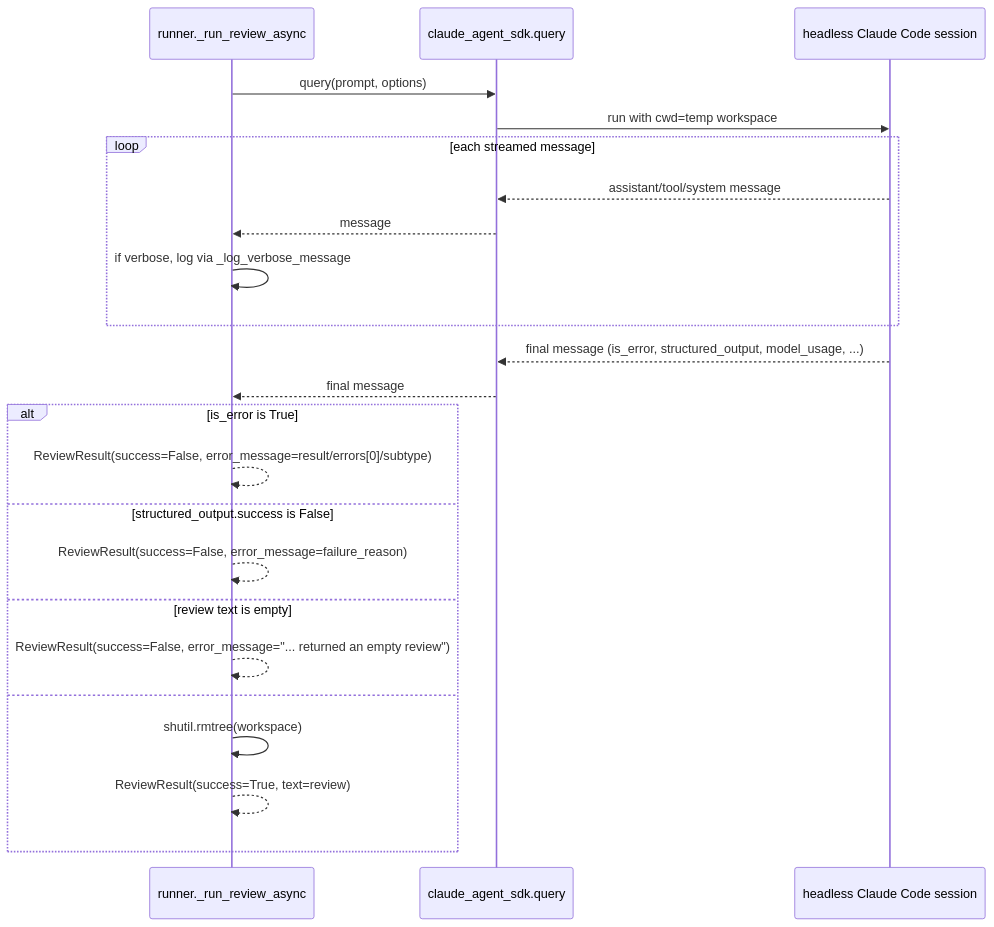
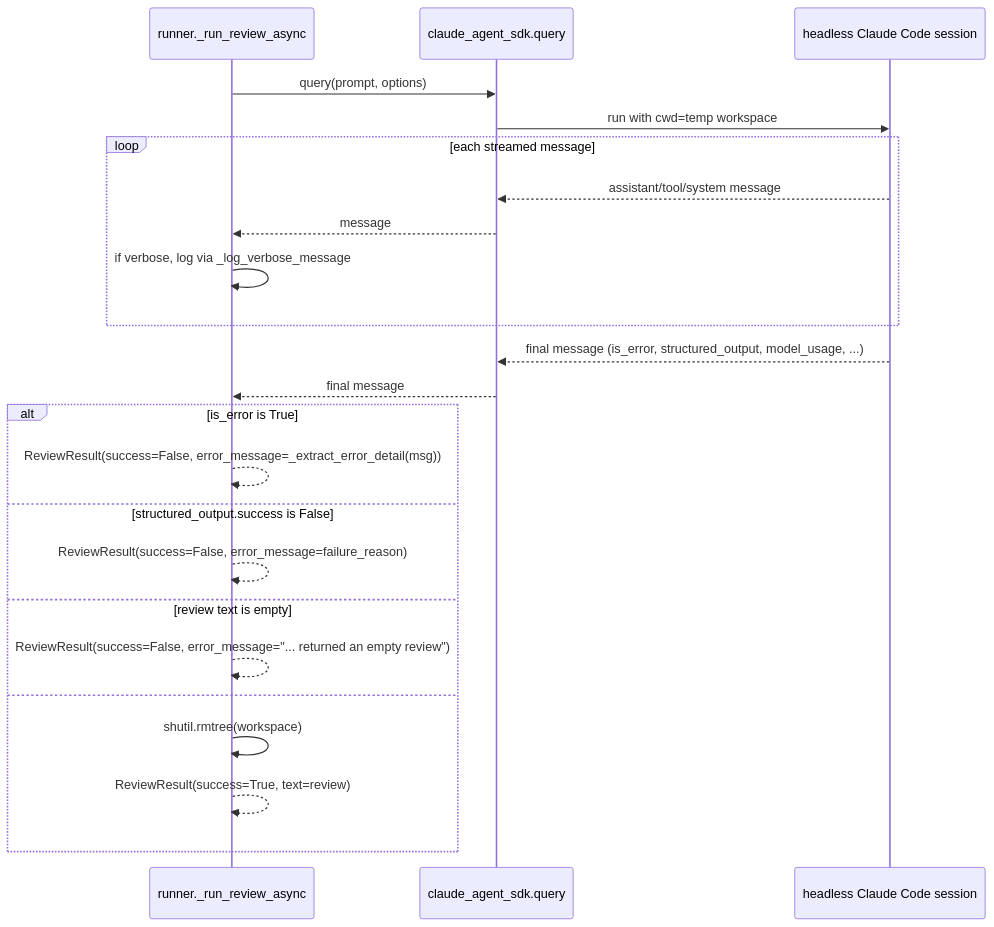
The diagram in .wiki/code-review-cli.md (renatoviolin/wiki-cli), drawn with Mermaid before and after one commit. The commit also changed other lines of this file and 14 other files, not shown here.

````diff
--- a/.wiki/code-review-cli.md
+++ b/.wiki/code-review-cli.md
@@ -99,26 +106,26 @@
 ```mermaid
 sequenceDiagram
     participant Runner as runner._run_review_async
     participant SDK as claude_agent_sdk.query
     participant Session as headless Claude Code session
 
     Runner->>SDK: query(prompt, options)
     SDK->>Session: run with cwd=temp workspace
     loop each streamed message
         Session-->>SDK: assistant/tool/system message
         SDK-->>Runner: message
         Runner->>Runner: if verbose, log via _log_verbose_message
     end
     Session-->>SDK: final message (is_error, structured_output, model_usage, ...)
     SDK-->>Runner: final message
     alt is_error is True
-        Runner-->>Runner: ReviewResult(success=False, error_message=result/errors[0]/subtype)
+        Runner-->>Runner: ReviewResult(success=False, error_message=_extract_error_detail(msg))
     else structured_output.success is False
         Runner-->>Runner: ReviewResult(success=False, error_message=failure_reason)
     else review text is empty
         Runner-->>Runner: ReviewResult(success=False, error_message="... returned an empty review")
     else
         Runner->>Runner: shutil.rmtree(workspace)
         Runner-->>Runner: ReviewResult(success=True, text=review)
     end
 ```
````
